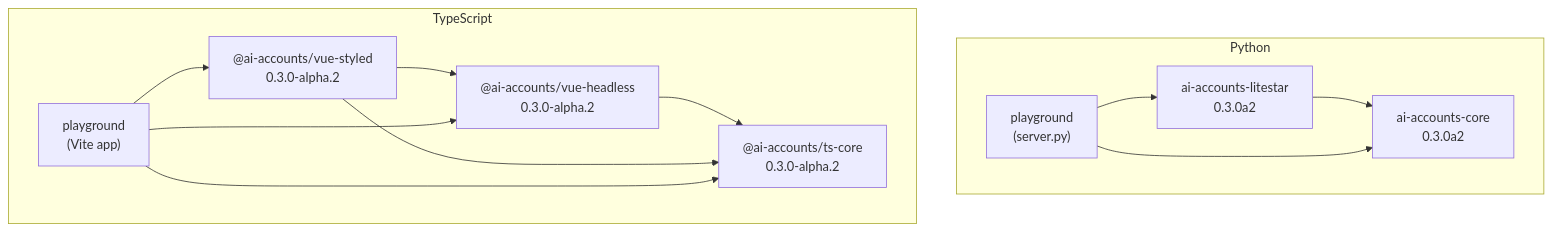
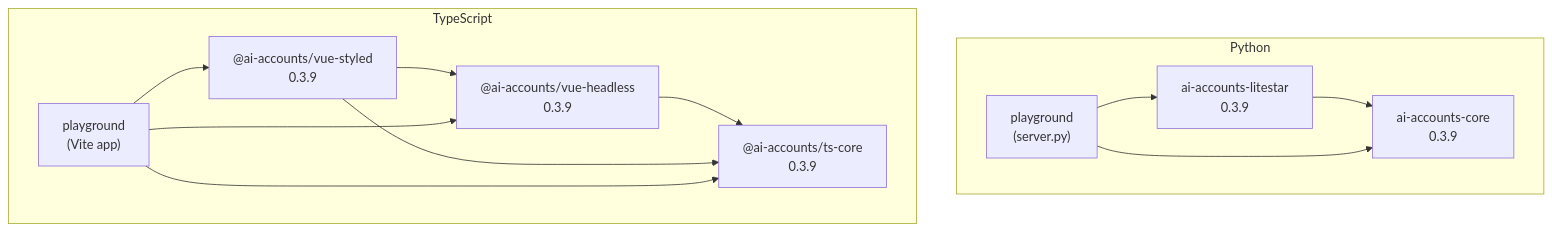
One commit to ca1773130n/ai-accounts changed the first of 3 diagrams in docs/superpowers/ARCHITECTURE.md. Above: the diagram before and after it, drawn with Mermaid. The commit also changed other lines of this file and 7 other files, not shown here.

First line of the commit message:
docs: add 0.3.9 entries + refresh MAINTENANCE/ARCHITECTURE version anchors

````diff
--- a/docs/superpowers/ARCHITECTURE.md
+++ b/docs/superpowers/ARCHITECTURE.md
@@ -39,24 +39,24 @@
 ```mermaid
 graph TD
     subgraph Python
-        core["ai-accounts-core<br/>0.3.0a2"]
-        litestar["ai-accounts-litestar<br/>0.3.0a2"]
+        core["ai-accounts-core<br/>0.3.9"]
+        litestar["ai-accounts-litestar<br/>0.3.9"]
         playground_py["playground<br/>(server.py)"]
         litestar --> core
         playground_py --> core
         playground_py --> litestar
     end
 
     subgraph TypeScript
-        tscore["@ai-accounts/ts-core<br/>0.3.0-alpha.2"]
-        headless["@ai-accounts/vue-headless<br/>0.3.0-alpha.2"]
-        styled["@ai-accounts/vue-styled<br/>0.3.0-alpha.2"]
+        tscore["@ai-accounts/ts-core<br/>0.3.9"]
+        headless["@ai-accounts/vue-headless<br/>0.3.9"]
+        styled["@ai-accounts/vue-styled<br/>0.3.9"]
         playground_ts["playground<br/>(Vite app)"]
         headless --> tscore
         styled --> tscore
         styled --> headless
         playground_ts --> tscore
         playground_ts --> headless
         playground_ts --> styled
     end
 ```
````
